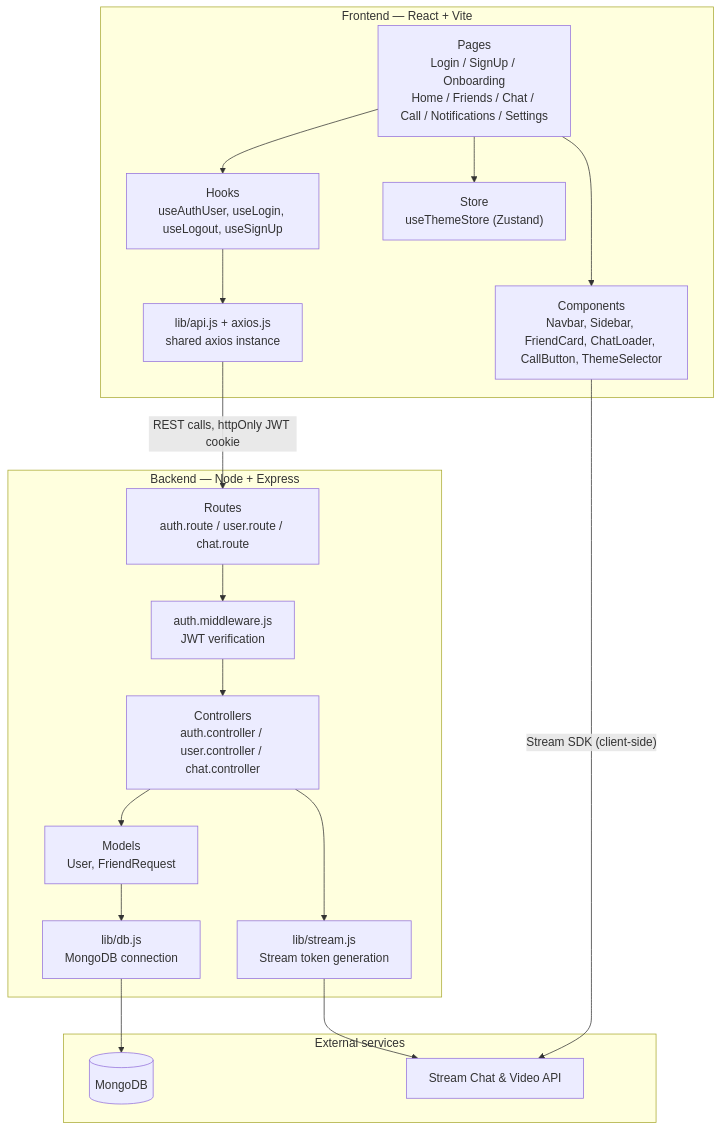
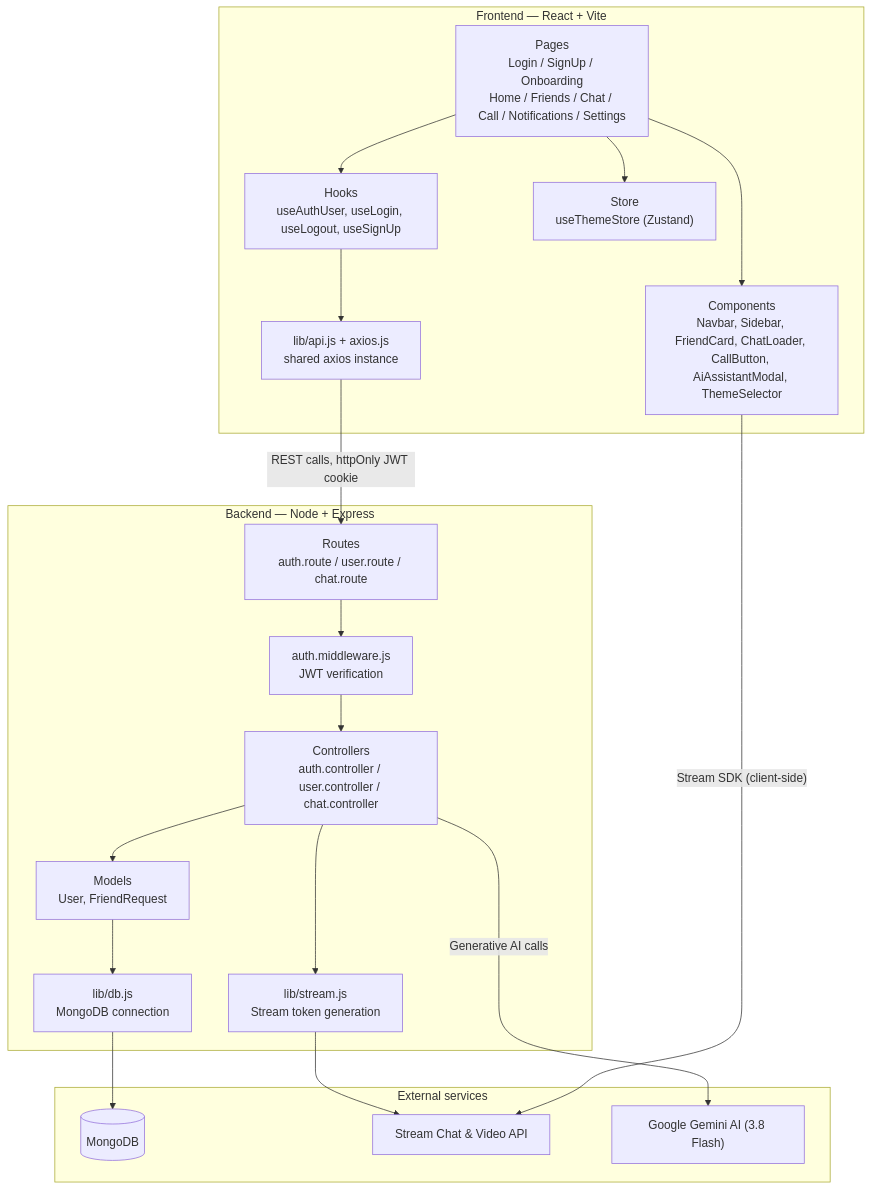
The first of 3 diagrams in Project Details/Architecture.md (kushGupta-15/Streamify), drawn with Mermaid before and after one commit. The commit also changed other lines of this file and 10 other files, not shown here.

Commit message:
implement smart reciprocal matching, gemini ai language assistant, and update project details

````diff
--- a/Project Details/Architecture.md
+++ b/Project Details/Architecture.md
@@ -5,39 +5,41 @@
 ```mermaid
 flowchart TB
     subgraph Client["Frontend — React + Vite"]
         Pages["Pages\nLogin / SignUp / Onboarding\nHome / Friends / Chat / Call / Notifications / Settings"]
-        Components["Components\nNavbar, Sidebar, FriendCard, ChatLoader, CallButton, ThemeSelector"]
+        Components["Components\nNavbar, Sidebar, FriendCard, ChatLoader, CallButton, AiAssistantModal, ThemeSelector"]
         Hooks["Hooks\nuseAuthUser, useLogin, useLogout, useSignUp"]
         Store["Store\nuseThemeStore (Zustand)"]
         APILib["lib/api.js + axios.js\nshared axios instance"]
         Pages --> Components
         Pages --> Hooks
         Pages --> Store
         Hooks --> APILib
     end
 
     subgraph Server["Backend — Node + Express"]
         Routes["Routes\nauth.route / user.route / chat.route"]
         Middleware["auth.middleware.js\nJWT verification"]
         Controllers["Controllers\nauth.controller / user.controller / chat.controller"]
         Models["Models\nUser, FriendRequest"]
         StreamLib["lib/stream.js\nStream token generation"]
         DBLib["lib/db.js\nMongoDB connection"]
 
         Routes --> Middleware
         Middleware --> Controllers
         Controllers --> Models
         Controllers --> StreamLib
     end
 
     subgraph External["External services"]
         Mongo[("MongoDB")]
         StreamAPI["Stream Chat & Video API"]
+        GeminiAPI["Google Gemini AI (3.8 Flash)"]
     end
 
     APILib -- "REST calls, httpOnly JWT cookie" --> Routes
     Models --> DBLib
     DBLib --> Mongo
     StreamLib --> StreamAPI
+    Controllers -- "Generative AI calls" --> GeminiAPI
     Components -- "Stream SDK (client-side)" --> StreamAPI
 ```
````
